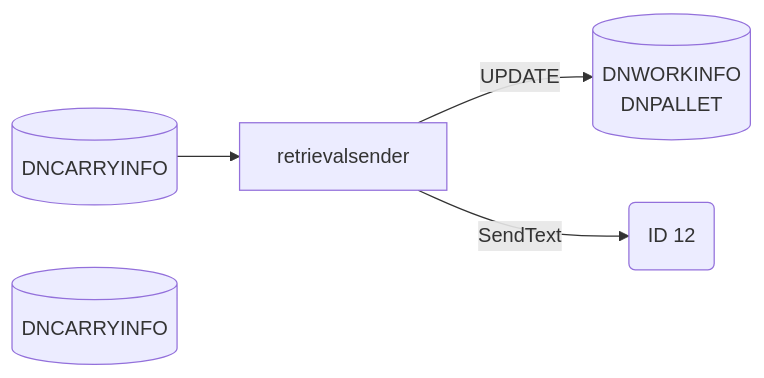
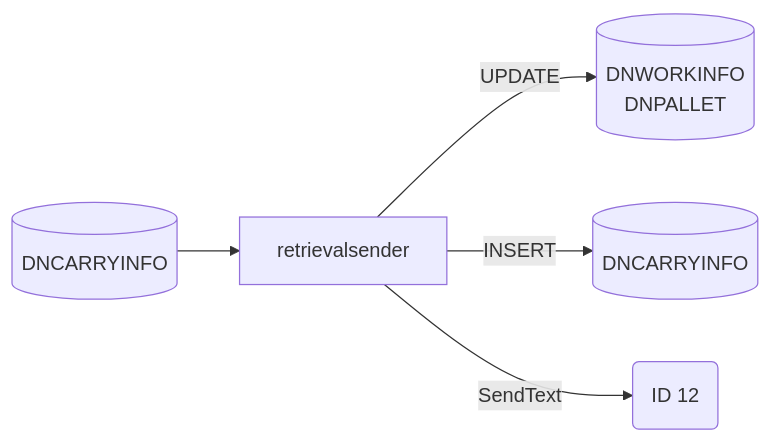
One commit to luthfiadityaa/SimeDarby-Wiki changed the seventh of 21 diagrams in Basic-Design/DFD-WMS/Retrieval/Specific-Location-Retrieval-Setting.md. Above: the diagram before and after it, drawn with Mermaid.

Commit message:
Updated Specific Location Retrieval Setting

```diff
--- a/Basic-Design/DFD-WMS/Retrieval/Specific-Location-Retrieval-Setting.md
+++ b/Basic-Design/DFD-WMS/Retrieval/Specific-Location-Retrieval-Setting.md
@@ -287,23 +287,24 @@
 ::: mermaid
 flowchart LR
 
 retrievalsender-input[("
 DNCARRYINFO
 ")]
 
 retrievalsender-update[("
 DNWORKINFO
 DNPALLET
 ")]
 
 retrievalsender-insert[("
 DNCARRYINFO
 ")]
 
 id12msg("
 ID 12
 ")
 
 retrievalsender-input-->retrievalsender--> |UPDATE| retrievalsender-update
+retrievalsender--> |INSERT| retrievalsender-insert
 retrievalsender--> |SendText| id12msg
 :::
```
